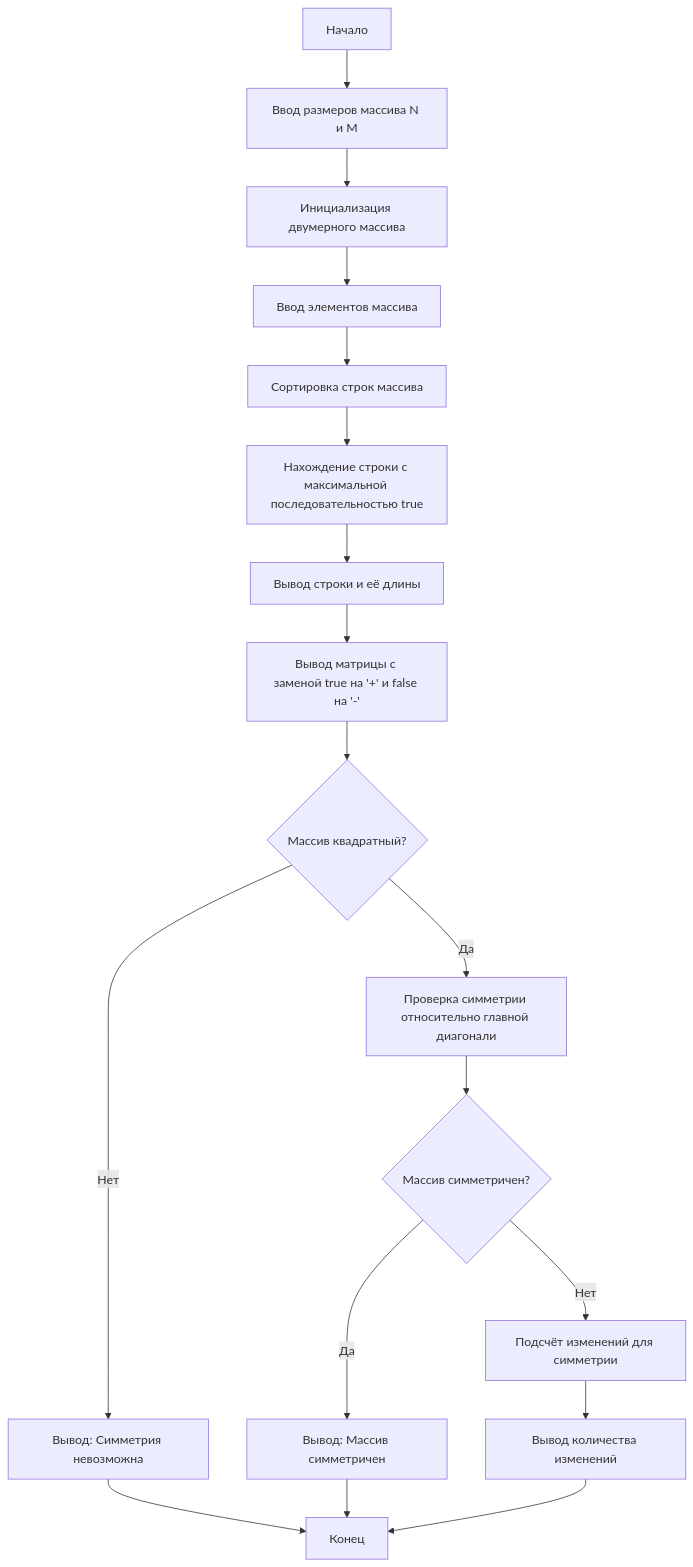
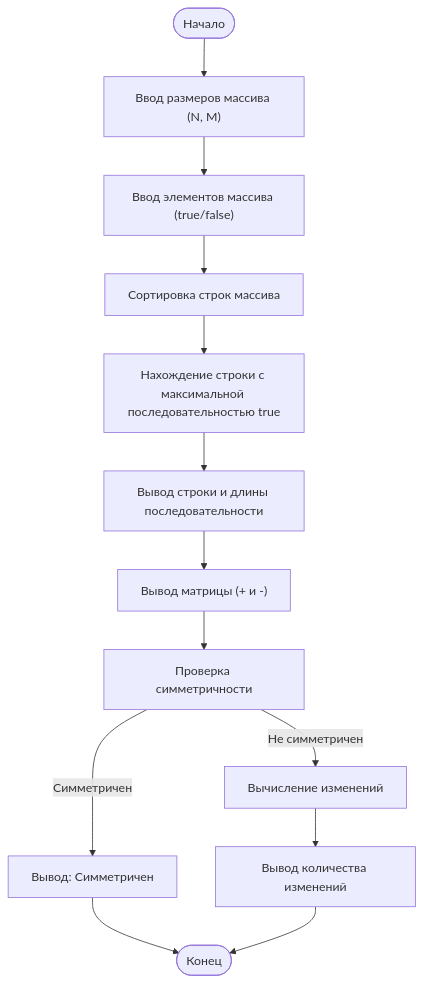
One commit to llyannnn/Lab-2 changed the diagram in README.md. Above: the diagram before and after it, drawn with Mermaid. The commit also changed other lines of this file, not shown here.

````diff
--- a/README.md
+++ b/README.md
@@ -121,21 +125,19 @@
 ```mermaid
 flowchart TD
-    A[Начало] --> B[Ввод размеров массива N и M]
-    B --> C[Инициализация двумерного массива]
-    C --> D[Ввод элементов массива]
-    D --> E[Сортировка строк массива]
-    E --> F[Нахождение строки с максимальной последовательностью true]
-    F --> G[Вывод строки и её длины]
-    G --> H[Вывод матрицы с заменой true на '+' и false на '-']
-    H --> I{Массив квадратный?}
-    I -->|Нет| J[Вывод: Симметрия невозможна]
-    I -->|Да| K[Проверка симметрии относительно главной диагонали]
-    K --> L{Массив симметричен?}
-    L -->|Да| M[Вывод: Массив симметричен]
-    L -->|Нет| N[Подсчёт изменений для симметрии]
-    N --> O[Вывод количества изменений]
-    J --> P[Конец]
-    M --> P
-    O --> P
+    Start([Начало])
+
+    Start --> InputSizes["Ввод размеров массива (N, M)"]
+    InputSizes --> InputElements["Ввод элементов массива (true/false)"]
+    InputElements --> SortRows["Сортировка строк массива"]
+    SortRows --> FindMaxSequence["Нахождение строки с максимальной последовательностью true"]
+    FindMaxSequence --> PrintMaxRow["Вывод строки и длины последовательности"]
+    PrintMaxRow --> PrintMatrix["Вывод матрицы (+ и -)"]
+    PrintMatrix --> CheckSymmetry["Проверка симметричности"]
+    CheckSymmetry -->|Симметричен| Symmetric["Вывод: Симметричен"]
+    CheckSymmetry -->|Не симметричен| CalculateChanges["Вычисление изменений"]
+    CalculateChanges --> PrintChanges["Вывод количества изменений"]
+    Symmetric --> End([Конец])
+    PrintChanges --> End
+
 
 ```
````
